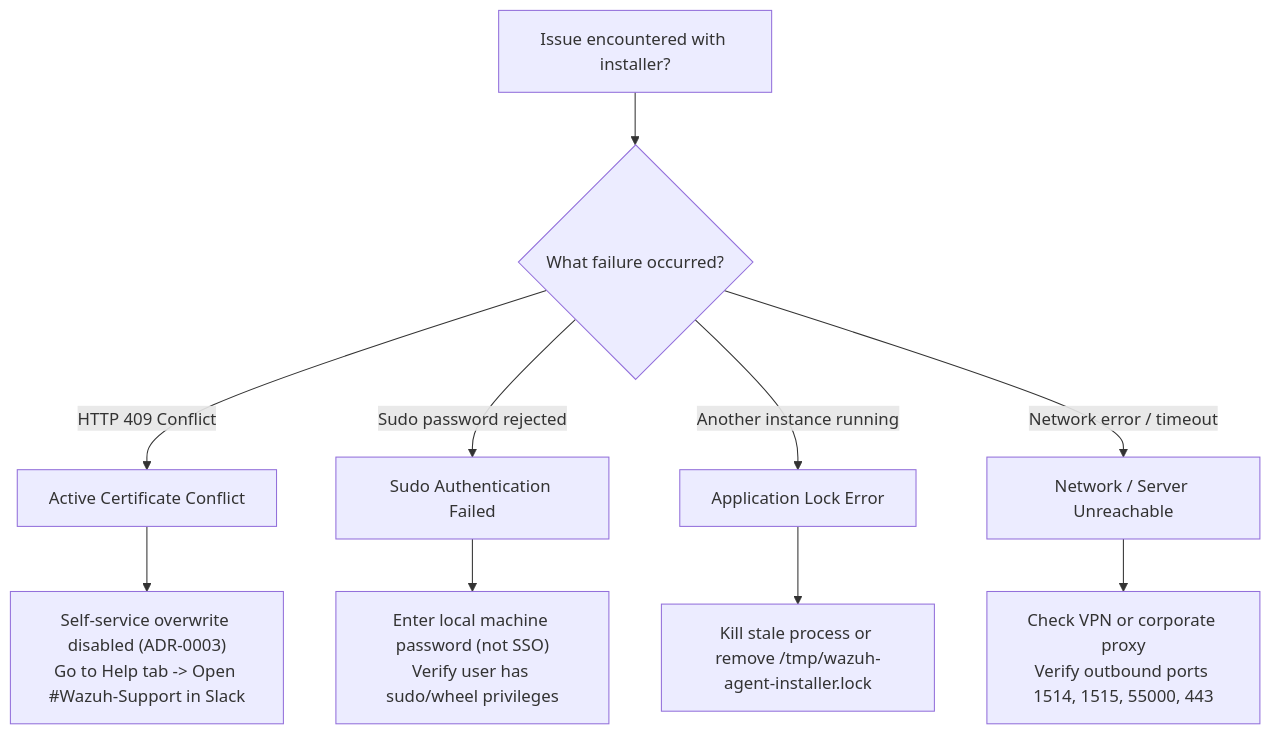
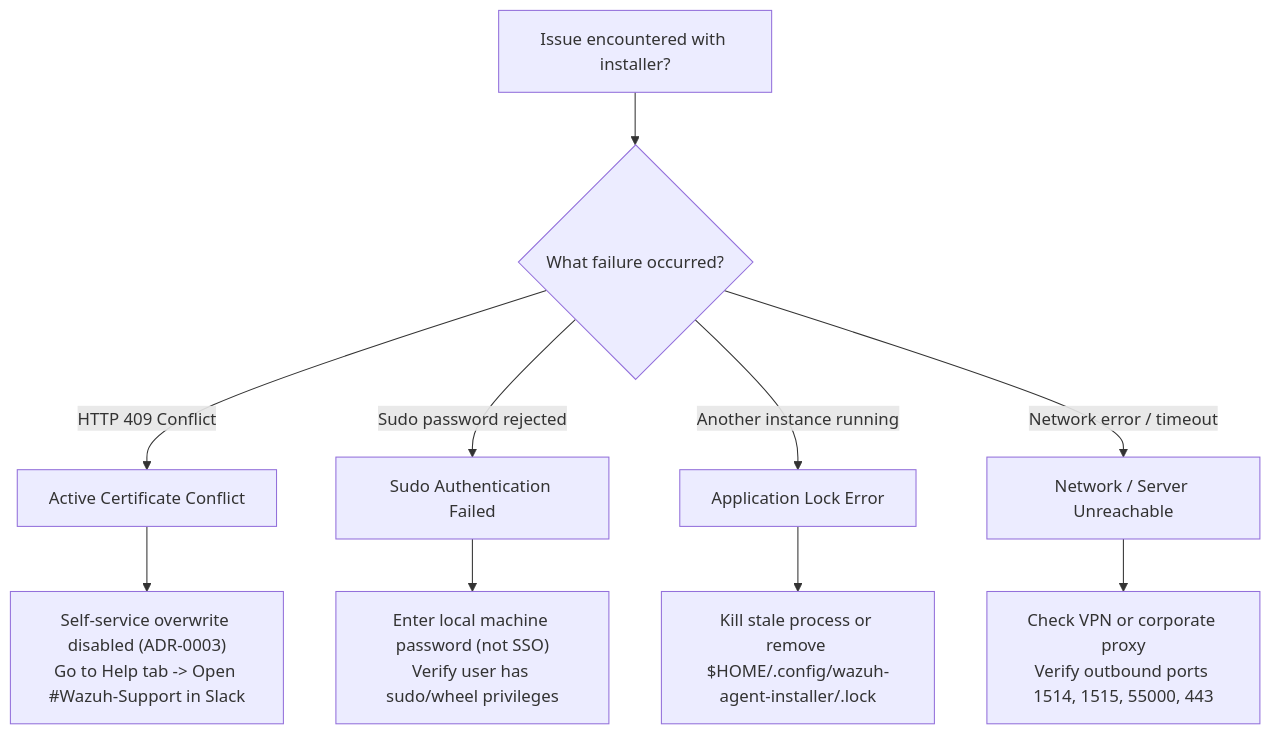
Before and after one commit to ADORSYS-GIS/wazuh-agent-installer: the diagram in docs/operations/troubleshooting.md, drawn with Mermaid. The commit also changed other lines of this file and 3 other files, not shown here.

First line of the commit message:
docs: align architecture, config, and lock paths with develop codebase

````diff
--- a/docs/operations/troubleshooting.md
+++ b/docs/operations/troubleshooting.md
@@ -7,16 +7,16 @@
 ```mermaid
 flowchart TD
     START["Issue encountered with installer?"] --> CHECK{"What failure occurred?"}
     
     CHECK -->|"HTTP 409 Conflict"| CERT["Active Certificate Conflict"]
     CERT --> CERT_ACTION["Self-service overwrite disabled (ADR-0003)<br/>Go to Help tab -> Open #Wazuh-Support in Slack"]
     
     CHECK -->|"Sudo password rejected"| SUDO["Sudo Authentication Failed"]
     SUDO --> SUDO_ACTION["Enter local machine password (not SSO)<br/>Verify user has sudo/wheel privileges"]
     
     CHECK -->|"Another instance running"| LOCK["Application Lock Error"]
-    LOCK --> LOCK_ACTION["Kill stale process or remove /tmp/wazuh-agent-installer.lock"]
+    LOCK --> LOCK_ACTION["Kill stale process or remove $HOME/.config/wazuh-agent-installer/.lock"]
     
     CHECK -->|"Network error / timeout"| NET["Network / Server Unreachable"]
     NET --> NET_ACTION["Check VPN or corporate proxy<br/>Verify outbound ports 1514, 1515, 55000, 443"]
 ```
````
